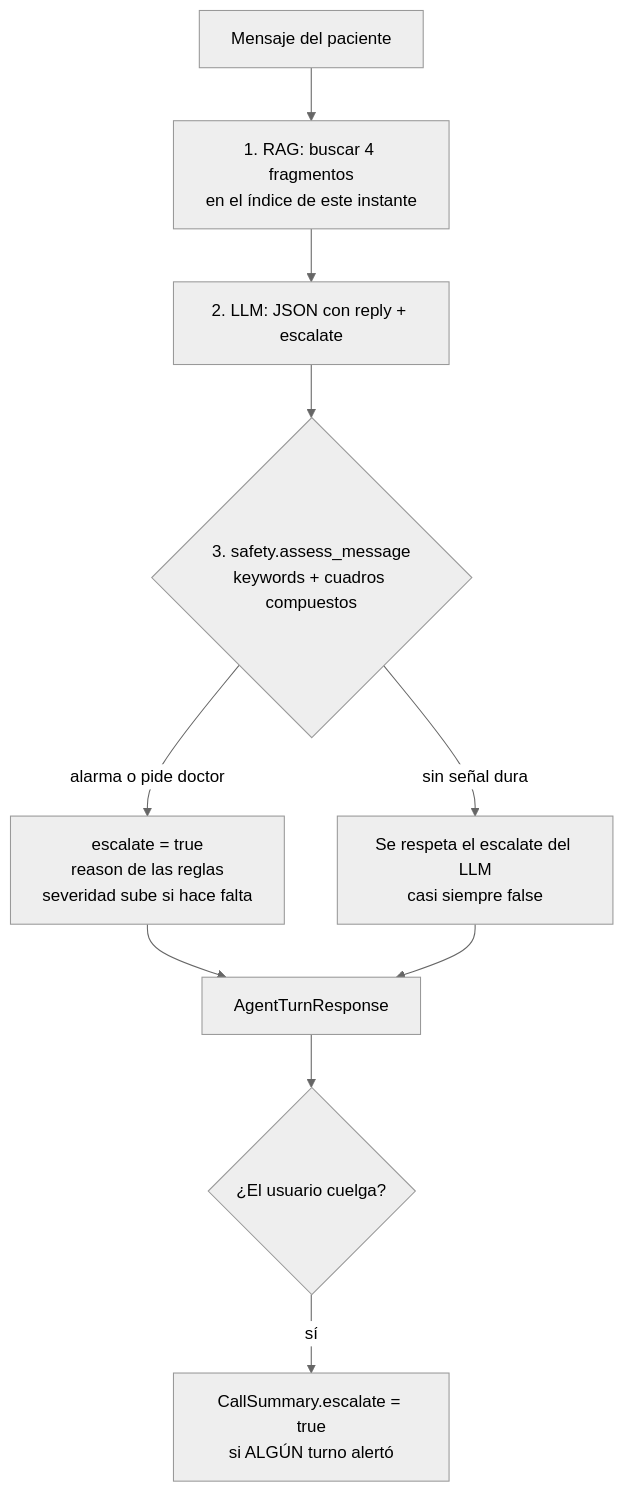
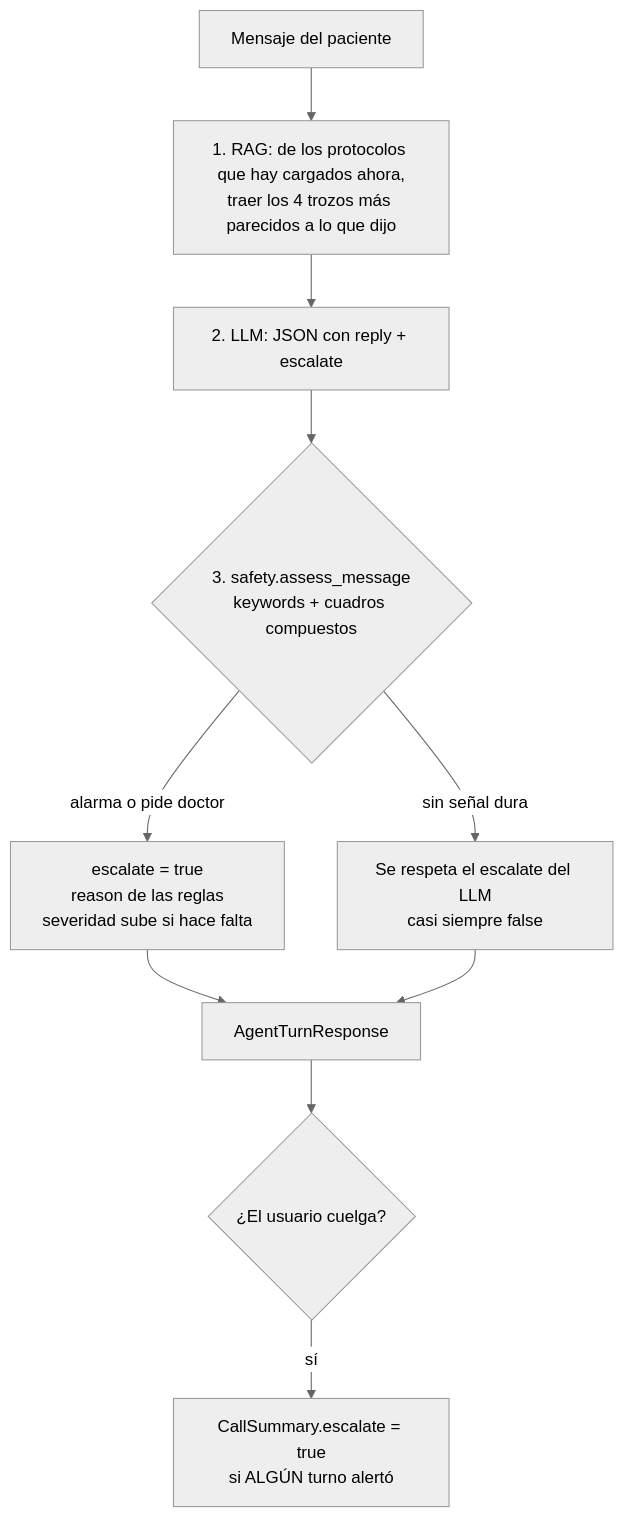
Before and after one commit to jfernand196/tech-sphere-voice-agent: the third of 6 diagrams in ARCHITECTURE.md, drawn with Mermaid (neutral theme).

Commit message:
Clarify the RAG step in the escalate decision diagram.

````diff
--- a/ARCHITECTURE.md
+++ b/ARCHITECTURE.md
@@ -97,12 +97,12 @@
 ```mermaid
 flowchart TD
-  Msg["Mensaje del paciente"] --> RAG["1. RAG: buscar 4 fragmentos<br/>en el índice de este instante"]
+  Msg["Mensaje del paciente"] --> RAG["1. RAG: de los protocolos que hay cargados ahora,<br/>traer los 4 trozos más parecidos a lo que dijo"]
   RAG --> LLM["2. LLM: JSON con reply + escalate"]
   LLM --> Rules{"3. safety.assess_message<br/>keywords + cuadros compuestos"}
   Rules -->|alarma o pide doctor| Force["escalate = true<br/>reason de las reglas<br/>severidad sube si hace falta"]
   Rules -->|sin señal dura| Keep["Se respeta el escalate del LLM<br/>casi siempre false"]
   Force --> Out["AgentTurnResponse"]
   Keep --> Out
   Out --> Hang{"¿El usuario cuelga?"}
   Hang -->|sí| Sum["CallSummary.escalate = true<br/>si ALGÚN turno alertó"]
 ```
````
